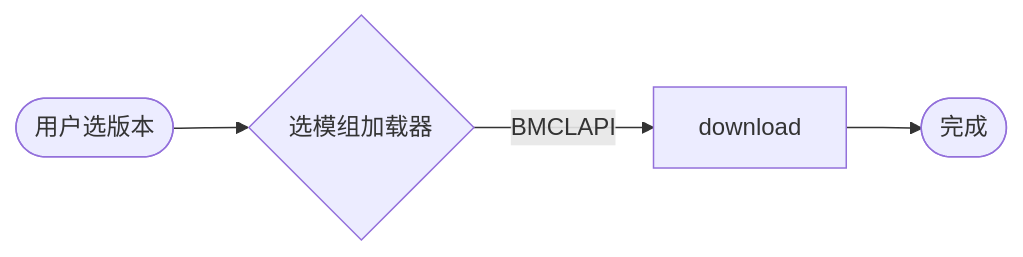
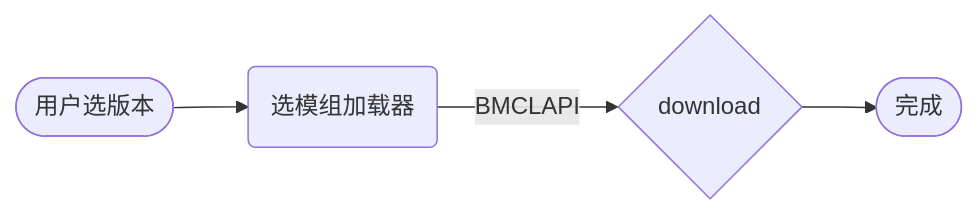
The diagram in README.md (QpalzmAP/MCDownloader), drawn with Mermaid before and after one commit.

Commit message:
Fix mermaid syntax in flowchart in README.md

````diff
--- a/README.md
+++ b/README.md
@@ -6,6 +6,6 @@
 ```mermaid
 flowchart LR
-  A([用户选版本]) --> B{选模组加载器}
-  B -- BMCLAPI --> C[download]
+  A([用户选版本]) --> B(选模组加载器)
+  B -- BMCLAPI --> C{download}
   C --> D([完成])
 ```
````
